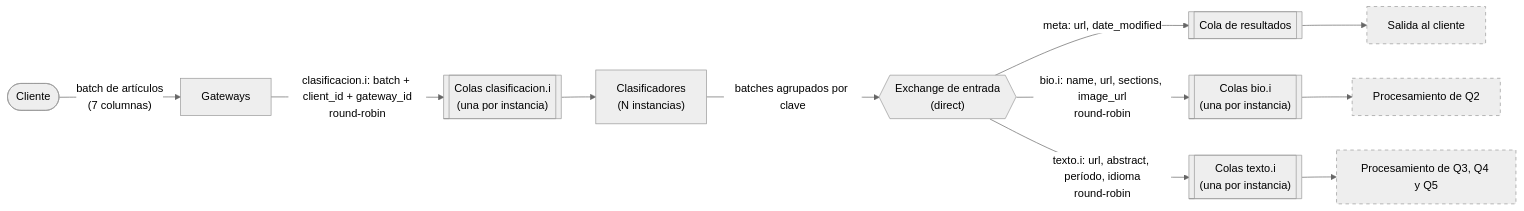
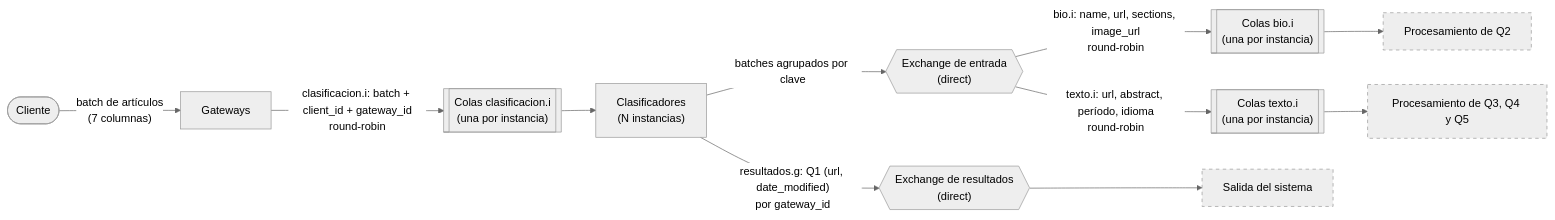
One commit to Cristobal710/tp-final-distribuidos changed the fifth of 14 diagrams in diagramas/README.md. Above: the diagram before and after it, drawn with Mermaid (neutral theme). The commit also changed other lines of this file, not shown here.

Commit message:
feat: Respuesta de mensajes y limpieza del readme

````diff
--- a/diagramas/README.md
+++ b/diagramas/README.md
@@ -302,18 +252,18 @@
 ```mermaid
 flowchart LR
     C(["Cliente"]) -- "batch de artículos<br/>(7 columnas)" --> GW["Gateways"]
     GW -- "clasificacion.i: batch + client_id + gateway_id<br/>round-robin" --> QCL[["Colas clasificacion.i<br/>(una por instancia)"]]
     QCL --> CL["Clasificadores<br/>(N instancias)"]
     CL -- "batches agrupados por clave" --> EXE{{"Exchange de entrada<br/>(direct)"}}
+    CL -- "resultados.g: Q1 (url, date_modified)<br/>por gateway_id" --> EXR{{"Exchange de resultados<br/>(direct)"}}
 
-    EXE -- "meta: url, date_modified" --> QR[["Cola de resultados"]]
     EXE -- "bio.i: name, url, sections, image_url<br/>round-robin" --> QBIO[["Colas bio.i<br/>(una por instancia)"]]
     EXE -- "texto.i: url, abstract, período, idioma<br/>round-robin" --> QTX[["Colas texto.i<br/>(una por instancia)"]]
 
-    QR --> SAL["Salida al cliente"]
+    EXR --> SAL["Salida del sistema"]
     QBIO --> P2["Procesamiento de Q2"]
     QTX --> P345["Procesamiento de Q3, Q4 y Q5"]
 
     classDef resto stroke-dasharray: 5 5
     class SAL,P2,P345 resto
 ```
````
